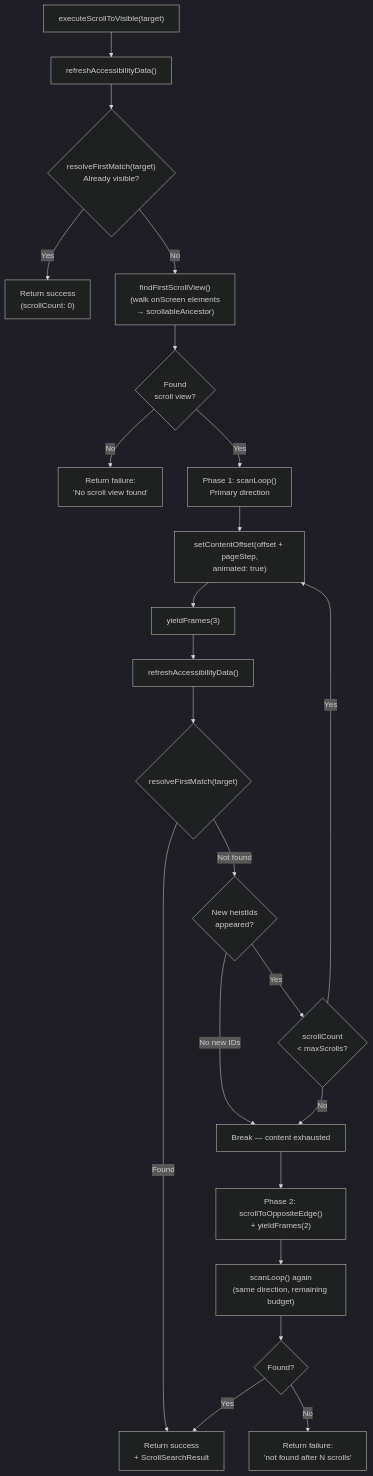
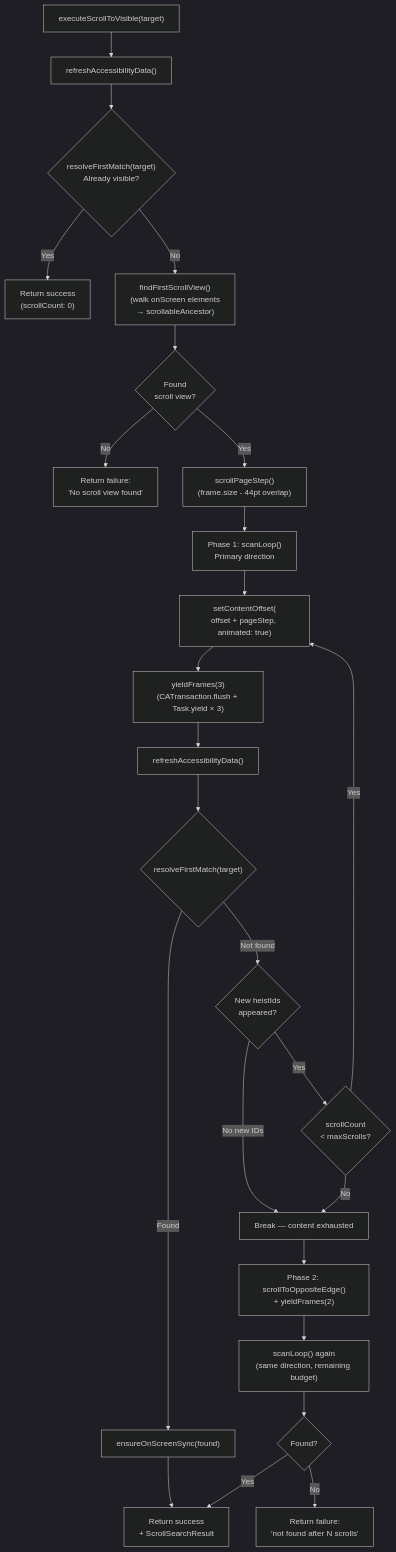
One commit to RoyalPineapple/TheButtonHeist changed the eighth of 9 diagrams in docs/dossiers/13-THEBAGMAN.md. Above: the diagram before and after it, drawn with Mermaid (dark theme). The commit also changed other lines of this file and 1 other file, not shown here.

````diff
--- a/docs/dossiers/13-THEBAGMAN.md
+++ b/docs/dossiers/13-THEBAGMAN.md
@@ -264,27 +266,29 @@
 ```mermaid
 flowchart TD
     S["executeScrollToVisible(target)"] --> REF["refreshAccessibilityData()"]
     REF --> CHK{"resolveFirstMatch(target)<br/>Already visible?"}
     CHK -->|Yes| DONE["Return success<br/>(scrollCount: 0)"]
     CHK -->|No| FSV["findFirstScrollView()<br/>(walk onScreen elements<br/>→ scrollableAncestor)"]
     FSV --> SVOK{Found<br/>scroll view?}
     SVOK -->|No| FAIL0["Return failure:<br/>'No scroll view found'"]
-    SVOK -->|Yes| PH1["Phase 1: scanLoop()<br/>Primary direction"]
+    SVOK -->|Yes| STEP["scrollPageStep()<br/>(frame.size - 44pt overlap)"]
+    STEP --> PH1["Phase 1: scanLoop()<br/>Primary direction"]
 
-    PH1 --> SLOOP["setContentOffset(offset + pageStep,<br/>animated: true)"]
-    SLOOP --> SETTLE["yieldFrames(3)"]
-    SETTLE --> REFR["refreshAccessibilityData()"]
+    PH1 --> SLOOP["setContentOffset(<br/>offset + pageStep, animated: true)"]
+    SLOOP --> YIELD["yieldFrames(3)<br/>(CATransaction.flush + Task.yield × 3)"]
+    YIELD --> REFR["refreshAccessibilityData()"]
     REFR --> FM{"resolveFirstMatch(target)"}
-    FM -->|Found| END["Return success<br/>+ ScrollSearchResult"]
+    FM -->|Found| ENS["ensureOnScreenSync(found)"]
+    ENS --> END["Return success<br/>+ ScrollSearchResult"]
     FM -->|Not found| NEW{New heistIds<br/>appeared?}
     NEW -->|No new IDs| STALL["Break — content exhausted"]
     NEW -->|Yes| BUDGET{scrollCount<br/>< maxScrolls?}
     BUDGET -->|Yes| SLOOP
     BUDGET -->|No| STALL
 
     STALL --> PH2["Phase 2: scrollToOppositeEdge()<br/>+ yieldFrames(2)"]
     PH2 --> SCAN2["scanLoop() again<br/>(same direction, remaining budget)"]
     SCAN2 --> RESULT{Found?}
     RESULT -->|Yes| END
     RESULT -->|No| FAILN["Return failure:<br/>'not found after N scrolls'"]
 ```
````
